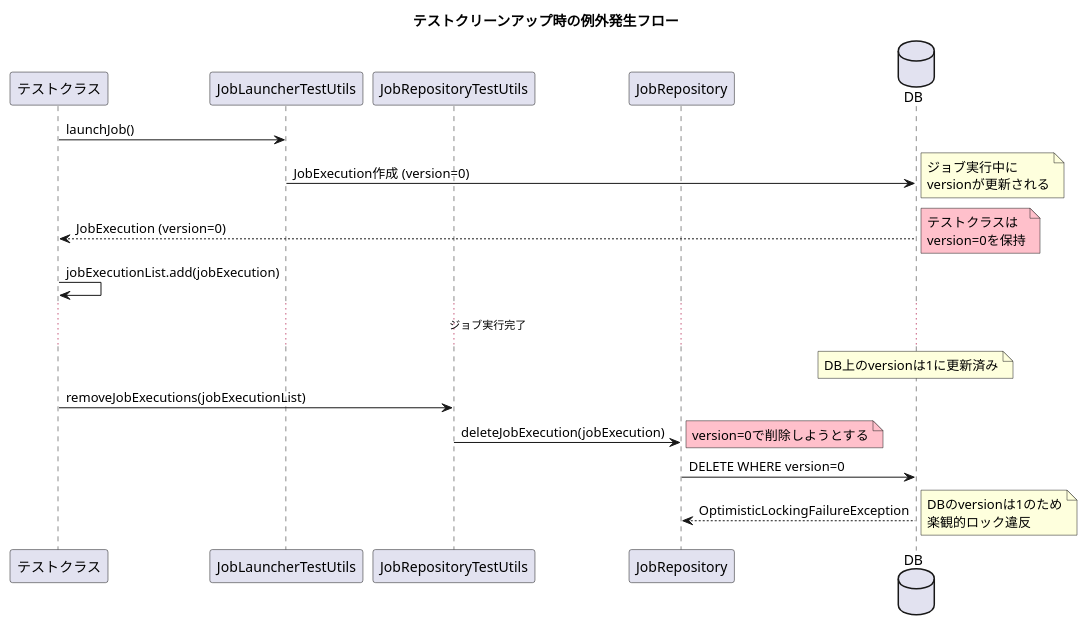
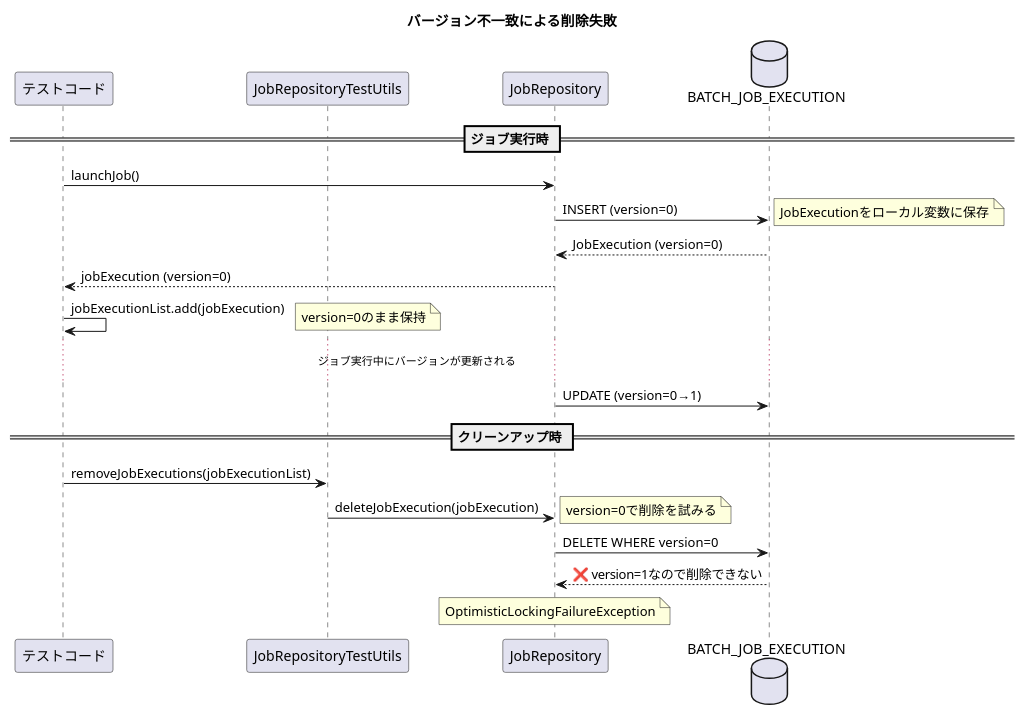
One commit to mochimoching/github_issue_translate changed the first of 2 diagrams in output/spring-batch/6.0.2/all/current/markdown/issues_summary/issue_5161.md. Above: the diagram before and after it, drawn with PlantUML. The commit also changed other lines of this file and 76 other files, not shown here.

````diff
--- a/output/spring-batch/6.0.2/all/current/markdown/issues_summary/issue_5161.md
+++ b/output/spring-batch/6.0.2/all/current/markdown/issues_summary/issue_5161.md
@@ -18,31 +13,33 @@
 ```plantuml
 @startuml
-title テストクリーンアップ時の例外発生フロー
+title バージョン不一致による削除失敗
 
-participant "テストクラス" as Test
-participant "JobLauncherTestUtils" as Launcher
+participant "テストコード" as Test
 participant "JobRepositoryTestUtils" as Utils
 participant "JobRepository" as Repo
-database "DB" as DB
+database "BATCH_JOB_EXECUTION" as DB
 
-Test -> Launcher: launchJob()
-Launcher -> DB: JobExecution作成 (version=0)
-note right: ジョブ実行中に\nversionが更新される
-DB --> Test: JobExecution (version=0)
-note right #pink: テストクラスは\nversion=0を保持
+== ジョブ実行時 ==
+Test -> Repo: launchJob()
+Repo -> DB: INSERT (version=0)
+note right: JobExecutionをローカル変数に保存
+DB --> Repo: JobExecution (version=0)
+Repo --> Test: jobExecution (version=0)
 
 Test -> Test: jobExecutionList.add(jobExecution)
+note right: version=0のまま保持
 
-... ジョブ実行完了 ...
+... ジョブ実行中にバージョンが更新される ...
 
-note over DB: DB上のversionは1に更新済み
+Repo -> DB: UPDATE (version=0→1)
 
+== クリーンアップ時 ==
 Test -> Utils: removeJobExecutions(jobExecutionList)
 Utils -> Repo: deleteJobExecution(jobExecution)
-note right #pink: version=0で削除しようとする
+note right: version=0で削除を試みる
 Repo -> DB: DELETE WHERE version=0
-DB --> Repo: OptimisticLockingFailureException
-note right: DBのversionは1のため\n楽観的ロック違反
+DB --> Repo: ❌ version=1なので削除できない
+note over Repo: OptimisticLockingFailureException
 
 @enduml
 ```
````
